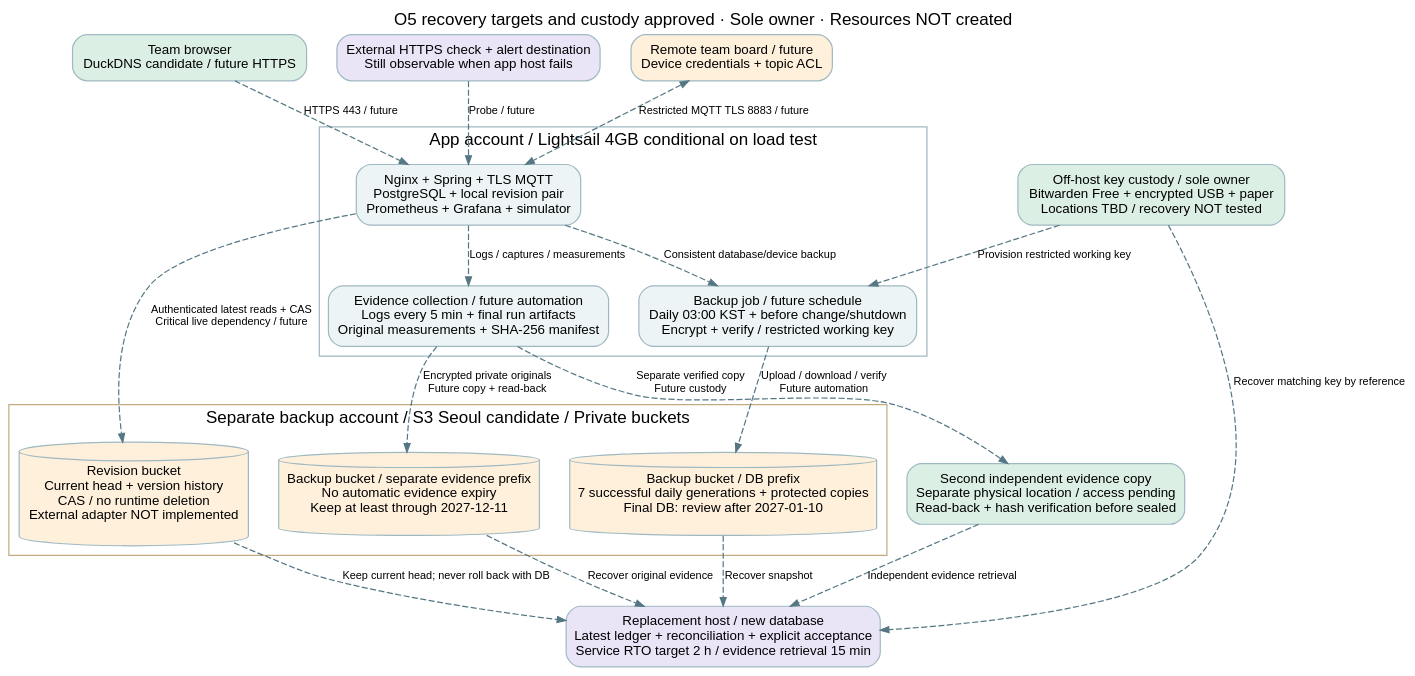
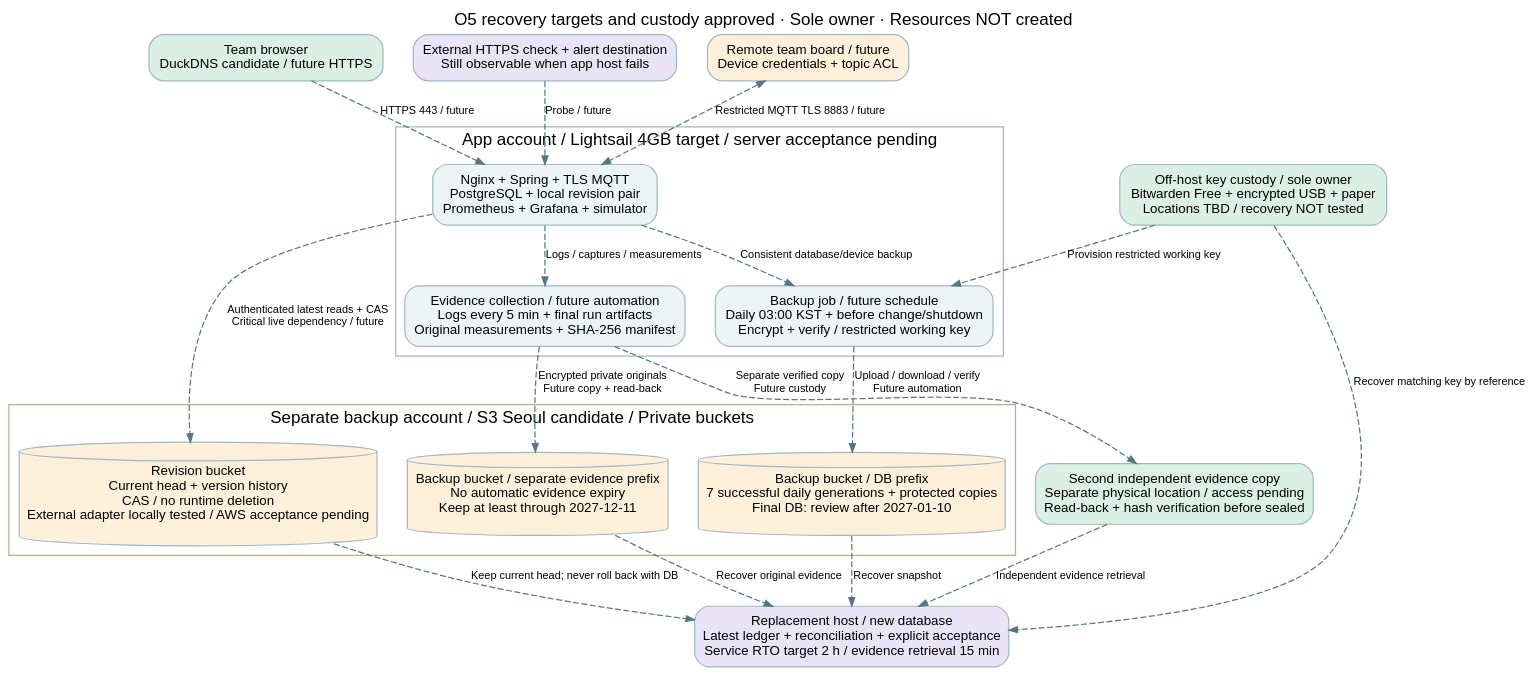
One commit to yh4752/illegal-parking-detection changed the diagram in docs/diagrams/11-deployment-readiness.dot. Above: the diagram before and after it, drawn with Graphviz. The commit also changed 15 other files, not shown here.

Commit message:
docs: clarify team roles and deployment flows in README and architecture

```diff
--- a/docs/diagrams/11-deployment-readiness.dot
+++ b/docs/diagrams/11-deployment-readiness.dot
@@ -1,38 +1,38 @@
 digraph Readiness {
   graph [rankdir=TB, bgcolor="transparent", pad="0.25", nodesep="0.35", ranksep="0.55", fontname="Arial", label="O5 recovery targets and custody approved · Sole owner · Resources NOT created", labelloc=t];
   node [shape=box, style="rounded,filled", fillcolor="#EDF4F5", color="#9FB9C2", fontname="Arial", fontsize=11, margin="0.13,0.1"];
   edge [fontname="Arial", fontsize=9, color="#557783", arrowsize=0.7, style=dashed];
   team [label="Team browser\nDuckDNS candidate / future HTTPS", fillcolor="#DCEFE5"];
   subgraph cluster_app {
-    label="App account / Lightsail 4GB conditional on load test"; color="#9FB9C2";
+    label="App account / Lightsail 4GB target / server acceptance pending"; color="#9FB9C2";
     app [label="Nginx + Spring + TLS MQTT\nPostgreSQL + local revision pair\nPrometheus + Grafana + simulator"];
     job [label="Backup job / future schedule\nDaily 03:00 KST + before change/shutdown\nEncrypt + verify / restricted working key"];
     capture [label="Evidence collection / future automation\nLogs every 5 min + final run artifacts\nOriginal measurements + SHA-256 manifest"];
     app -> job [label="Consistent database/device backup"];
     app -> capture [label="Logs / captures / measurements"];
   }
   subgraph cluster_store {
     label="Separate backup account / S3 Seoul candidate / Private buckets"; color="#C3AB81";
-    ledger [shape=cylinder, fillcolor="#FFF0DC", label="Revision bucket\nCurrent head + version history\nCAS / no runtime deletion\nExternal adapter NOT implemented"];
+    ledger [shape=cylinder, fillcolor="#FFF0DC", label="Revision bucket\nCurrent head + version history\nCAS / no runtime deletion\nExternal adapter locally tested / AWS acceptance pending"];
     archive [shape=cylinder, fillcolor="#FFF0DC", label="Backup bucket / DB prefix\n7 successful daily generations + protected copies\nFinal DB: review after 2027-01-10"];
     evidence [shape=cylinder, fillcolor="#FFF0DC", label="Backup bucket / separate evidence prefix\nNo automatic evidence expiry\nKeep at least through 2027-12-11"];
   }
   vault [label="Off-host key custody / sole owner\nBitwarden Free + encrypted USB + paper\nLocations TBD / recovery NOT tested", fillcolor="#DCEFE5"];
   offline [label="Second independent evidence copy\nSeparate physical location / access pending\nRead-back + hash verification before sealed", fillcolor="#DCEFE5"];
   restore [label="Replacement host / new database\nLatest ledger + reconciliation + explicit acceptance\nService RTO target 2 h / evidence retrieval 15 min", fillcolor="#EAE4F7"];
   monitor [label="External HTTPS check + alert destination\nStill observable when app host fails", fillcolor="#EAE4F7"];
   team -> app [label="HTTPS 443 / future"];
   board [label="Remote team board / future\nDevice credentials + topic ACL", fillcolor="#FFF0DC"];
   board -> app [label="Restricted MQTT TLS 8883 / future",dir=both];
   app -> ledger [label="Authenticated latest reads + CAS\nCritical live dependency / future"];
   job -> archive [label="Upload / download / verify\nFuture automation"];
   capture -> evidence [label="Encrypted private originals\nFuture copy + read-back"];
   capture -> offline [label="Separate verified copy\nFuture custody"];
   vault -> job [label="Provision restricted working key"];
   archive -> restore [label="Recover snapshot"];
   evidence -> restore [label="Recover original evidence"];
   offline -> restore [label="Independent evidence retrieval"];
   ledger -> restore [label="Keep current head; never roll back with DB"];
   vault -> restore [label="Recover matching key by reference"];
   monitor -> app [label="Probe / future"];
 }
```
